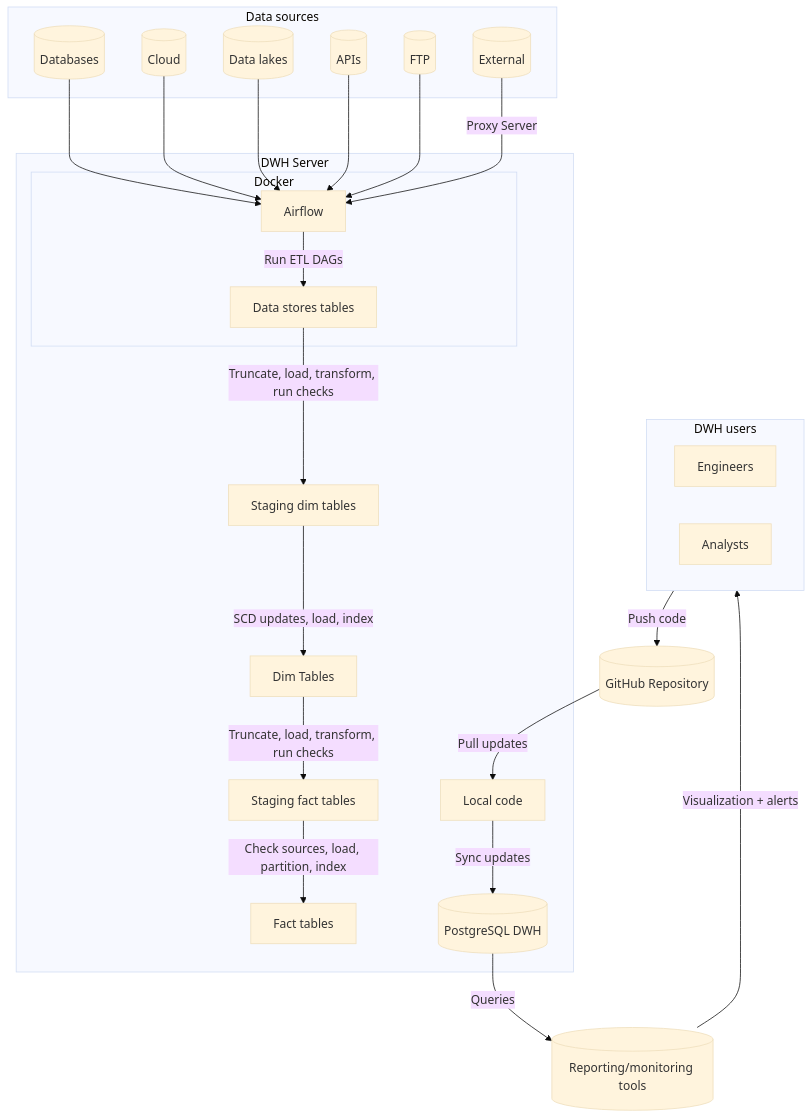
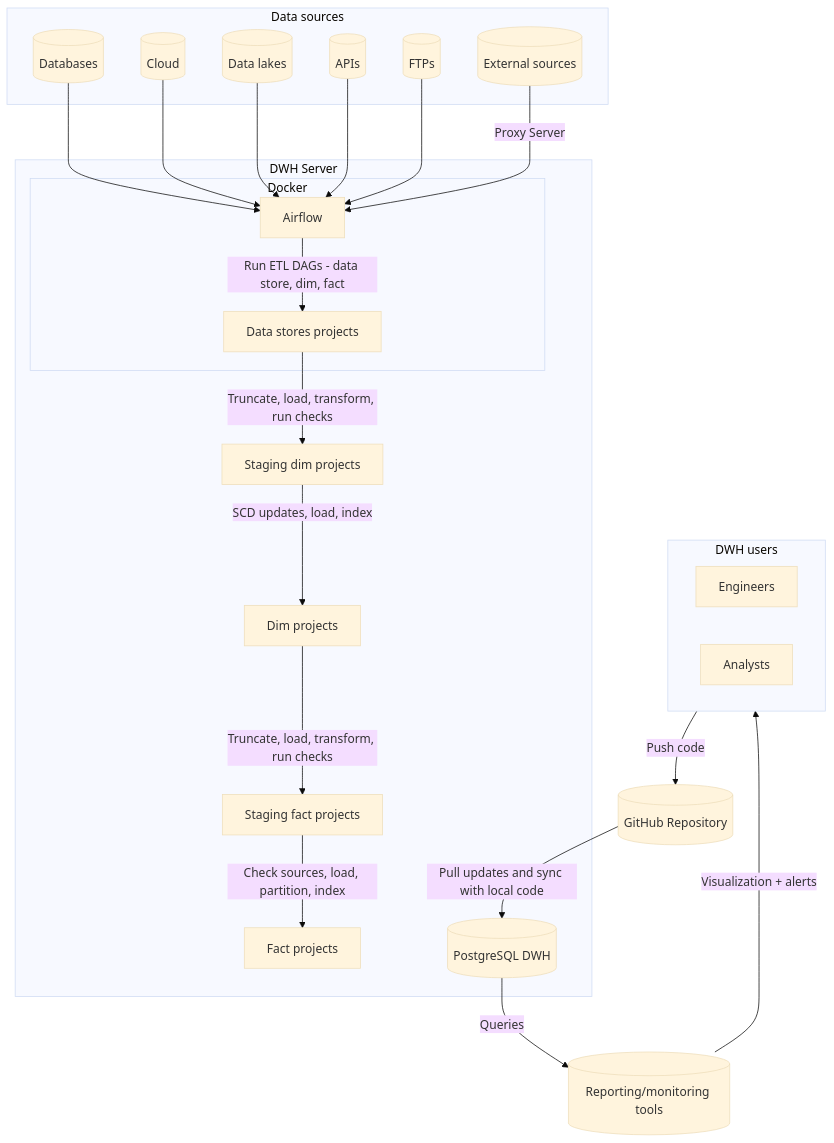
Before and after one commit to ArgentumZZ/Data-Warehouse: the diagram in README.md, drawn with Mermaid (base theme).

Commit message:
small changes to DA

````diff
--- a/README.md
+++ b/README.md
@@ -14,67 +14,66 @@
 ```mermaid
 graph TB
 
     %% DATA SOURCES
     subgraph Data_Sources [Data sources]
         DBs[(Databases)]
         CDWH[(Cloud)]
         DL[(Data lakes)]
         API[(APIs)]
-        FTP[(FTP)]
-        ES[(External)]
+        FTP[(FTPs)]
+        ES[(External sources)]
     end
 
     %% ============================
     %%        DWH SERVER
     %% ============================
 
     subgraph DWH_Server [DWH Server]
         
         %% Docker runs Airflow + Data Stores
         subgraph Docker [Docker]
             AF[Airflow]
-            DS[Data stores tables]
+            DS[Data stores projects]
         end
         
-        STG_DIM[Staging dim tables]
-        DIM[Dim Tables]
-        STG_FACT[Staging fact tables]
-        FACT[Fact tables]
-        LCB[Local code]
+        STG_DIM[Staging dim projects]
+        DIM[Dim projects]
+        STG_FACT[Staging fact projects]
+        FACT[Fact projects]
         DWH[(PostgreSQL DWH)]
     end
     
     %% GitHub Integration
-    GH[(GitHub Repository)] -- Pull updates --> LCB
-    LCB -- Sync updates --> DWH
+    GH[(GitHub Repository)] -- Pull updates and sync with local code --> DWH
+
     
     %% DWH Users
     subgraph DWH_USERS [DWH users]
         DWHE[Engineers]
         AN[Analysts]
     end
     REP[(Reporting/monitoring tools)]
     
     %% Data Sources → Airflow
     DBs --> AF
     CDWH --> AF
     DL --> AF
     API --> AF
     FTP --> AF
     ES -- Proxy Server --> AF
 
     %% Airflow → Data Store → DWH
-    AF -- Run ETL DAGs --> DS
+    AF -- Run ETL DAGs - data store, dim, fact --> DS
 
     DS -- Truncate, load, transform, run checks --> STG_DIM
     STG_DIM -- SCD updates, load, index --> DIM
     DIM -- Truncate, load, transform, run checks --> STG_FACT
     STG_FACT -- Check sources, load, partition, index --> FACT
     %% ============================
     %%        ANALYTICS LAYER
     %% ============================
     
     DWH -- Queries --> REP
     DWH_USERS -- Push code --> GH
     REP -- Visualization + alerts --> DWH_USERS
 ```  
````
